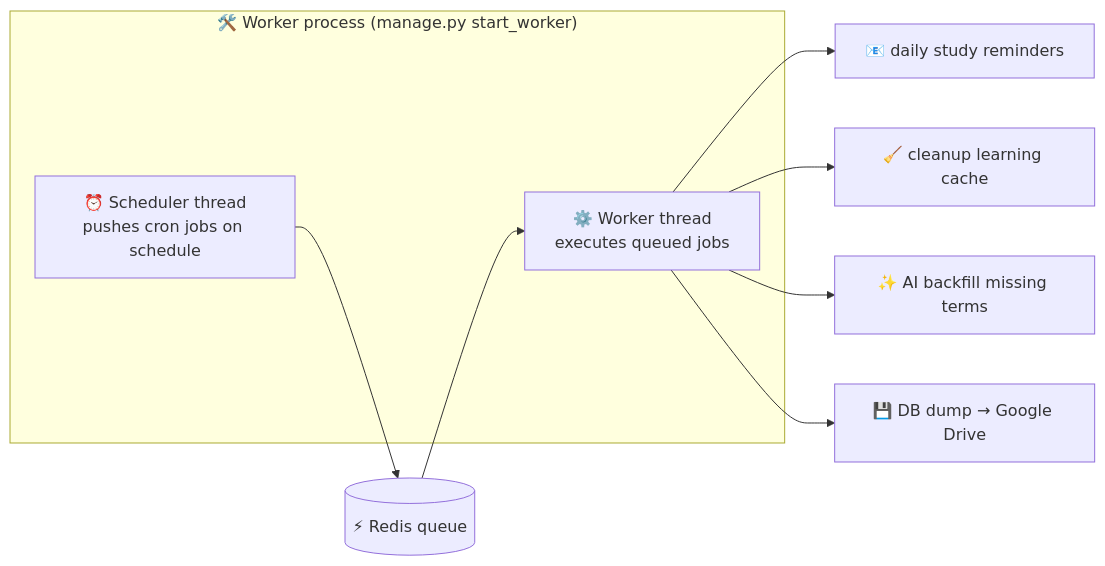
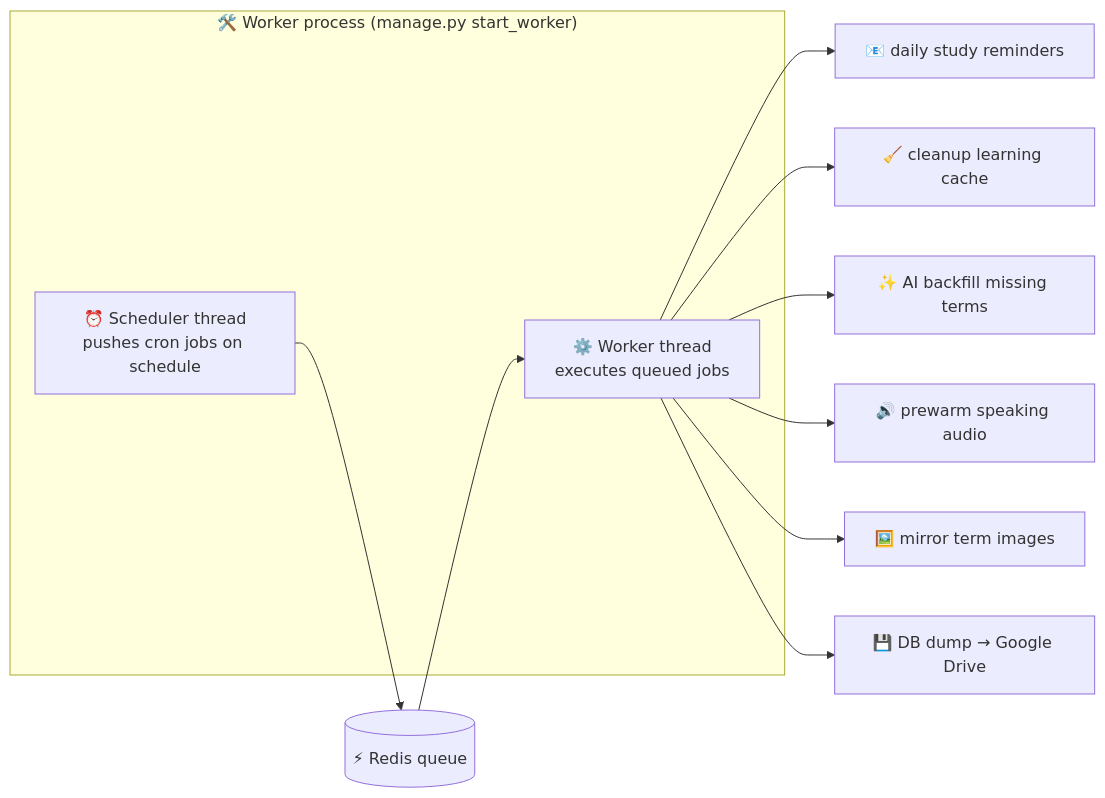
Diagram 16 of 18 in ARCHITECTURE.md (ngovandong/flashlearn), drawn with Mermaid before and after one commit. The commit also changed other lines of this file and 453 other files, not shown here.

````diff
--- a/ARCHITECTURE.md
+++ b/ARCHITECTURE.md
@@ -801,13 +948,15 @@
 ```mermaid
 flowchart LR
     subgraph wp["🛠️ Worker process (manage.py start_worker)"]
         Sched["⏰ Scheduler thread<br/>pushes cron jobs on schedule"]
         Wkr["⚙️ Worker thread<br/>executes queued jobs"]
     end
     Redis[("⚡ Redis queue")]
     Sched --> Redis --> Wkr
     Wkr --> Mail["📧 daily study reminders"]
     Wkr --> CacheJob["🧹 cleanup learning cache"]
     Wkr --> Backfill["✨ AI backfill missing terms"]
+    Wkr --> Audio["🔊 prewarm speaking audio"]
+    Wkr --> Images["🖼️ mirror term images"]
     Wkr --> Backup["💾 DB dump → Google Drive"]
 ```
````
